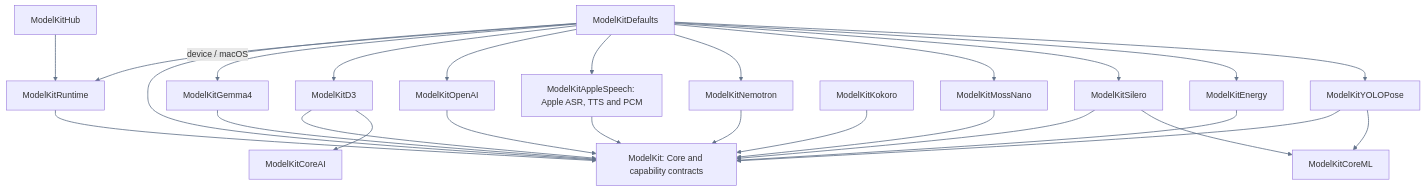
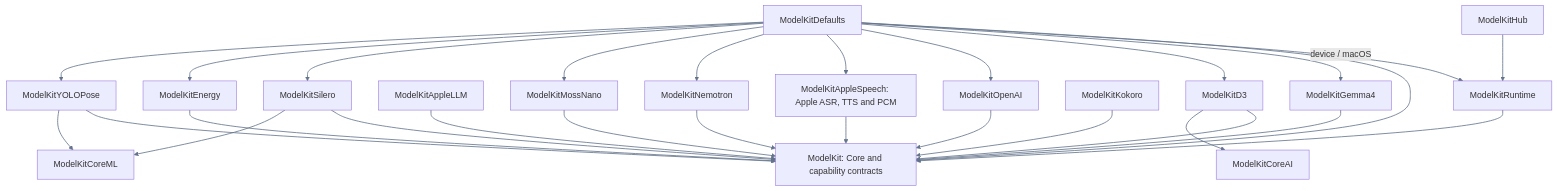
Before and after one commit to devilyouwei/MobileHarness: the third of 3 diagrams in MobileHarness/ModelKit/README.md, drawn with Mermaid. The commit also changed other lines of this file and 19 other files, not shown here.

Commit message:
Add isolated Apple LLM provider and reproducible decision experiment

````diff
--- a/MobileHarness/ModelKit/README.md
+++ b/MobileHarness/ModelKit/README.md
@@ -62,46 +62,48 @@
 ```mermaid
 flowchart TD
  ModelKitDefaults[ModelKitDefaults]
  ModelKitRuntime[ModelKitRuntime]
  ModelKitHub[ModelKitHub]
  ModelKit[ModelKit: Core and capability contracts]
  ModelKitCoreAI[ModelKitCoreAI]
  ModelKitD3[ModelKitD3]
  ModelKitCoreML[ModelKitCoreML]
  ModelKitGemma4[ModelKitGemma4]
+ ModelKitAppleLLM[ModelKitAppleLLM]
  ModelKitOpenAI[ModelKitOpenAI]
  ModelKitAppleSpeech[ModelKitAppleSpeech: Apple ASR, TTS and PCM]
  ModelKitNemotron[ModelKitNemotron]
  ModelKitMossNano[ModelKitMossNano]
  ModelKitKokoro[ModelKitKokoro]
  ModelKitSilero[ModelKitSilero]
  ModelKitEnergy[ModelKitEnergy]
  ModelKitYOLOPose[ModelKitYOLOPose]
  ModelKitDefaults --> ModelKit
  ModelKitDefaults --> ModelKitRuntime
  ModelKitDefaults -->|device / macOS| ModelKitGemma4
  ModelKitDefaults --> ModelKitD3
  ModelKitDefaults --> ModelKitOpenAI
  ModelKitDefaults --> ModelKitAppleSpeech
  ModelKitDefaults --> ModelKitNemotron
  ModelKitDefaults --> ModelKitMossNano
  ModelKitDefaults --> ModelKitSilero
  ModelKitDefaults --> ModelKitEnergy
  ModelKitDefaults --> ModelKitYOLOPose
  ModelKitRuntime --> ModelKit
  ModelKitHub --> ModelKitRuntime
  ModelKitGemma4 --> ModelKit
  ModelKitD3 --> ModelKit
  ModelKitD3 --> ModelKitCoreAI
+ ModelKitAppleLLM --> ModelKit
  ModelKitOpenAI --> ModelKit
  ModelKitAppleSpeech --> ModelKit
  ModelKitNemotron --> ModelKit
  ModelKitMossNano --> ModelKit
  ModelKitKokoro --> ModelKit
  ModelKitSilero --> ModelKit
  ModelKitSilero --> ModelKitCoreML
  ModelKitEnergy --> ModelKit
  ModelKitYOLOPose --> ModelKit
  ModelKitYOLOPose --> ModelKitCoreML
     linkStyle default stroke:#64748b,stroke-width:1.5px
 ```
````
